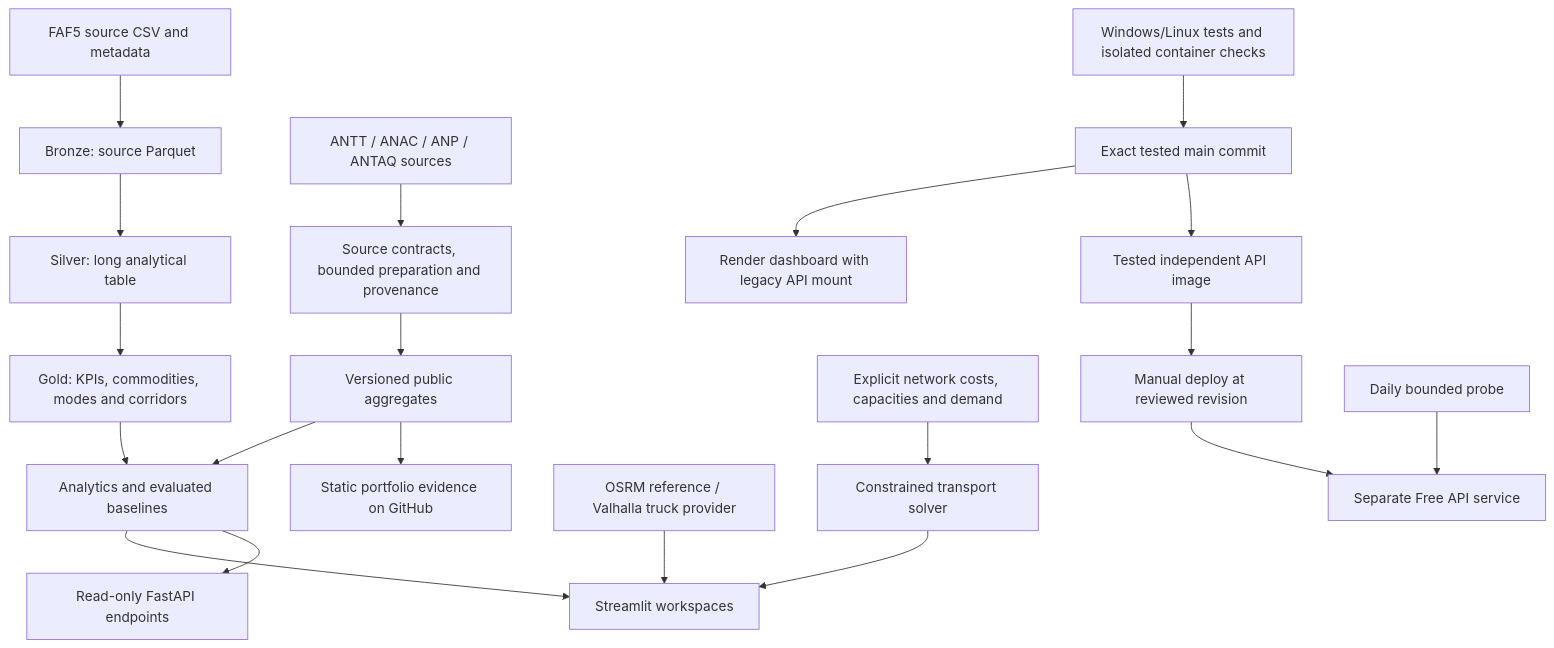
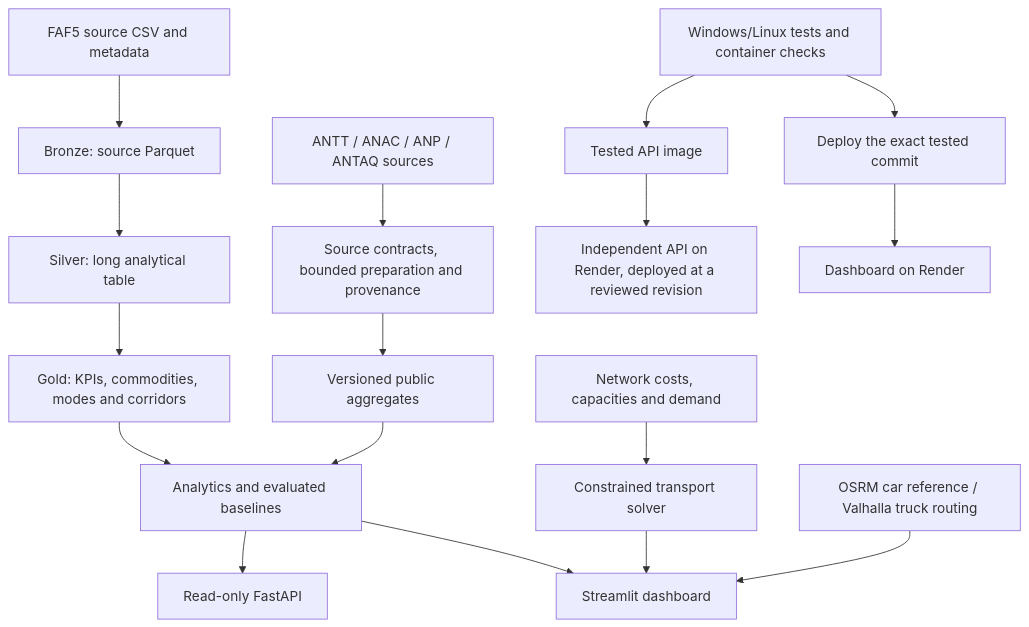
The diagram in README.md (DiegoTDDD/freight-intelligence), drawn with Mermaid before and after one commit. The commit also changed other lines of this file and 2 other files, not shown here.

````diff
--- a/README.md
+++ b/README.md
@@ -243,22 +52,19 @@
 ```mermaid
 flowchart TD
     FAF[FAF5 source CSV and metadata] --> Bronze[Bronze: source Parquet]
     Bronze --> Silver[Silver: long analytical table]
     Silver --> Gold[Gold: KPIs, commodities, modes and corridors]
     Official[ANTT / ANAC / ANP / ANTAQ sources] --> Review[Source contracts, bounded preparation and provenance]
     Review --> Public[Versioned public aggregates]
     Gold --> Analysis[Analytics and evaluated baselines]
     Public --> Analysis
-    Scenario[Explicit network costs, capacities and demand] --> Solver[Constrained transport solver]
-    Analysis --> UI[Streamlit workspaces]
-    Analysis --> API[Read-only FastAPI endpoints]
+    Scenario[Network costs, capacities and demand] --> Solver[Constrained transport solver]
+    Analysis --> UI[Streamlit dashboard]
+    Analysis --> API[Read-only FastAPI]
     Solver --> UI
-    Provider[OSRM reference / Valhalla truck provider] --> UI
-    Public --> Static[Static portfolio evidence on GitHub]
-    Checks[Windows/Linux tests and isolated container checks] --> Deploy[Exact tested main commit]
-    Deploy --> Host[Render dashboard with legacy API mount]
-    Deploy --> Separate[Tested independent API image]
-    Separate --> Manual[Manual deploy at reviewed revision]
-    Manual --> APIHost[Separate Free API service]
-    Monitor[Daily bounded probe] --> APIHost
+    Provider[OSRM car reference / Valhalla truck routing] --> UI
+    Checks[Windows/Linux tests and container checks] --> Deploy[Deploy the exact tested commit]
+    Deploy --> Host[Dashboard on Render]
+    Checks --> Image[Tested API image]
+    Image --> APIHost[Independent API on Render, deployed at a reviewed revision]
 ```
````
